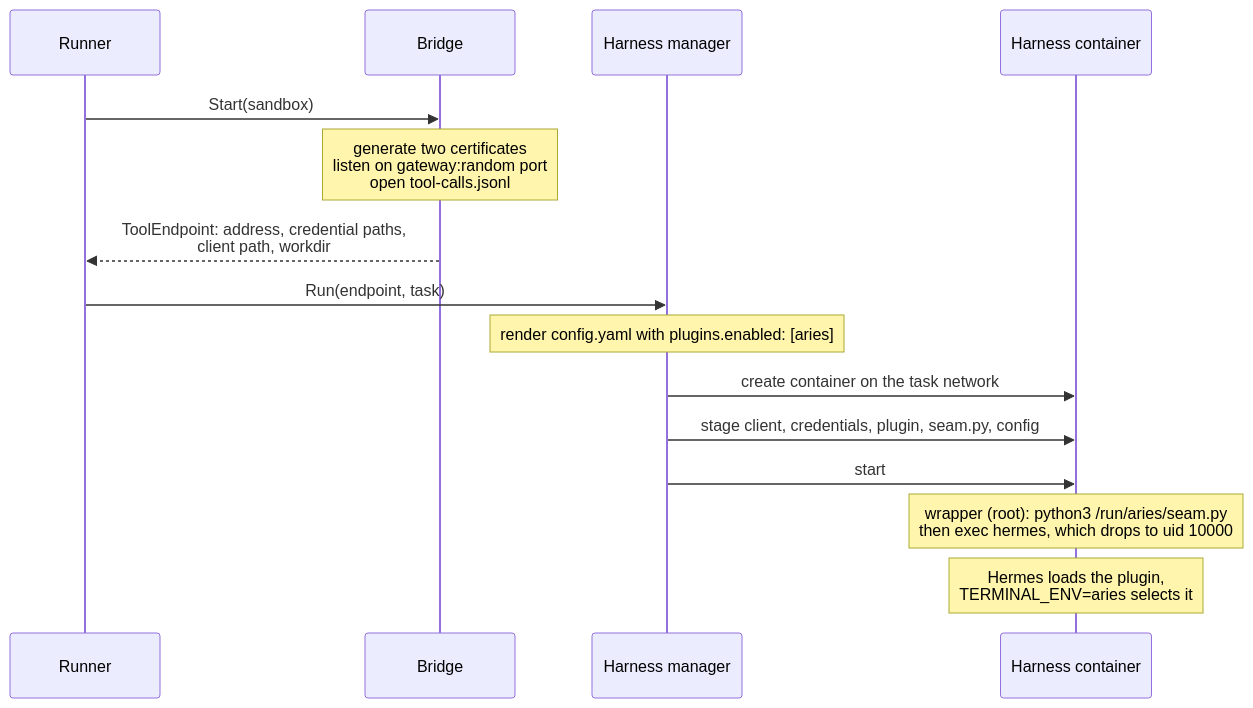
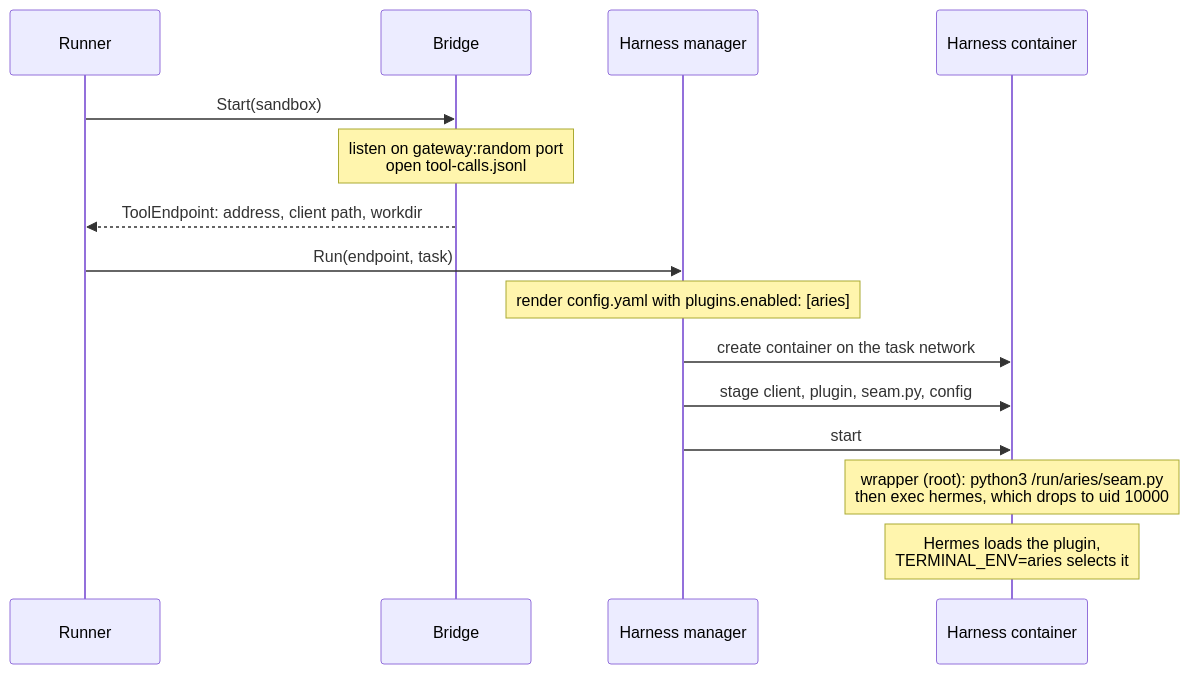
The second of 6 diagrams in docs/design/grpc-route.md (hyscale-lab/ARIES), drawn with Mermaid before and after one commit. The commit also changed other lines of this file and 5 other files, not shown here.

````diff
--- a/docs/design/grpc-route.md
+++ b/docs/design/grpc-route.md
@@ -58,18 +58,18 @@
 ```mermaid
 sequenceDiagram
     participant R as Runner
     participant B as Bridge
     participant HM as Harness manager
     participant HC as Harness container
 
     R->>B: Start(sandbox)
-    Note over B: generate two certificates<br/>listen on gateway:random port<br/>open tool-calls.jsonl
-    B-->>R: ToolEndpoint: address, credential paths,<br/>client path, workdir
+    Note over B: listen on gateway:random port<br/>open tool-calls.jsonl
+    B-->>R: ToolEndpoint: address, client path, workdir
     R->>HM: Run(endpoint, task)
     Note over HM: render config.yaml with plugins.enabled: [aries]
     HM->>HC: create container on the task network
-    HM->>HC: stage client, credentials, plugin, seam.py, config
+    HM->>HC: stage client, plugin, seam.py, config
     HM->>HC: start
     Note over HC: wrapper (root): python3 /run/aries/seam.py<br/>then exec hermes, which drops to uid 10000
     Note over HC: Hermes loads the plugin,<br/>TERMINAL_ENV=aries selects it
 ```
````
